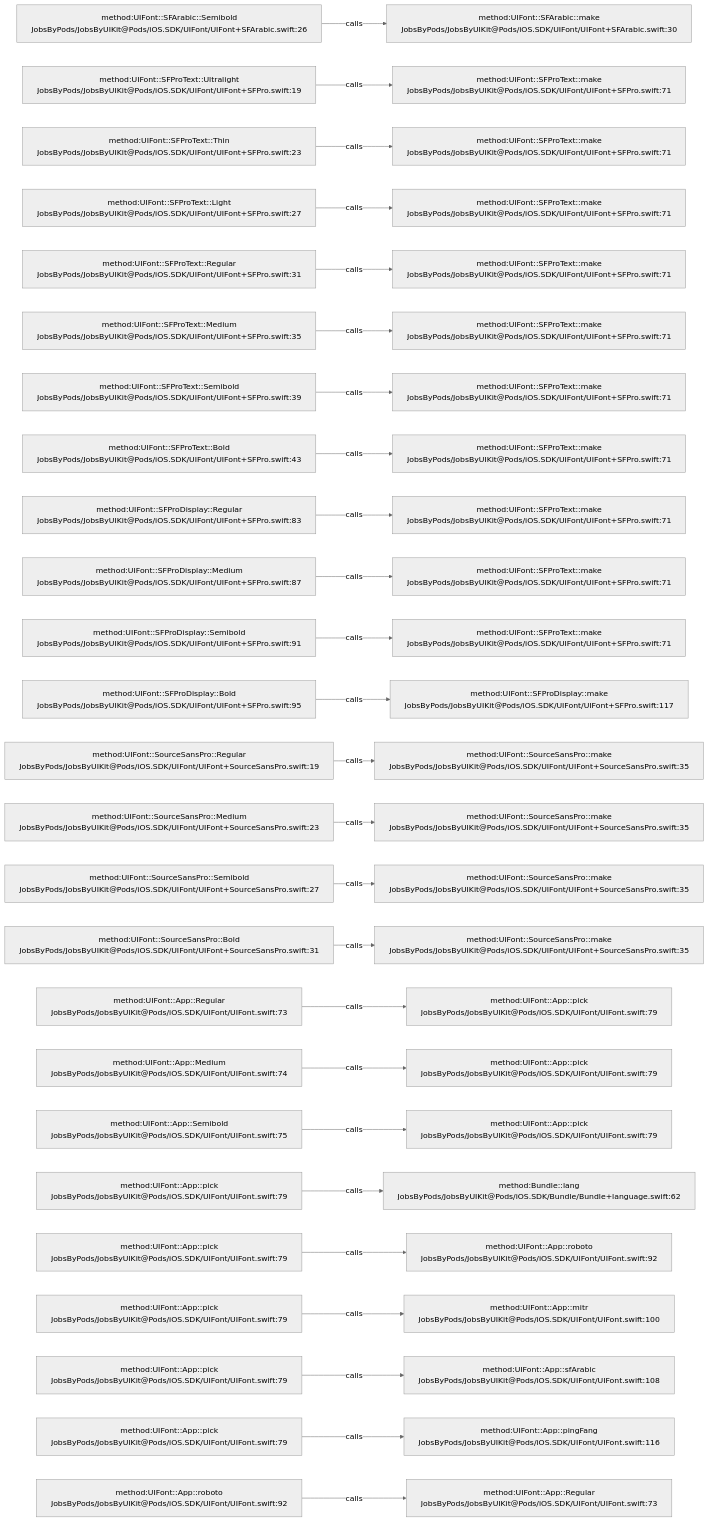
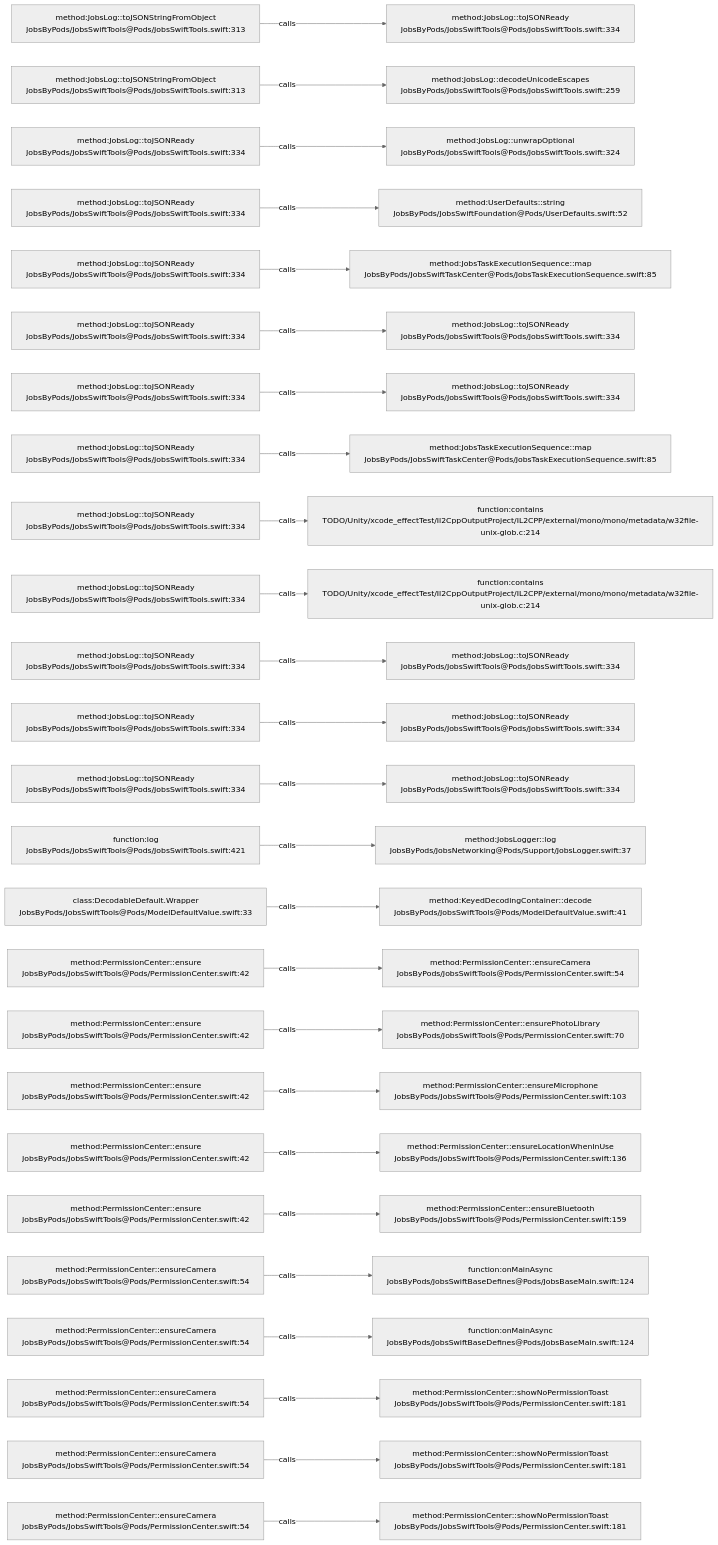
One commit to JobsKits/JobsSwiftBaseConfigDemo changed the diagram in .codegraph/codegraph.md/graphs/calls-065.md. Above: the diagram before and after it, drawn with Mermaid (neutral theme). The commit also changed 569 other files, not shown here.

````diff
--- a/.codegraph/codegraph.md/graphs/calls-065.md
+++ b/.codegraph/codegraph.md/graphs/calls-065.md
@@ -13,78 +13,78 @@
 ```mermaid
 flowchart LR
-  S1["method:UIFont::SFArabic::Semibold<br/>JobsByPods/JobsByUIKit@Pods/iOS.SDK/UIFont/UIFont+SFArabic.swift:26"]
-  T1["method:UIFont::SFArabic::make<br/>JobsByPods/JobsByUIKit@Pods/iOS.SDK/UIFont/UIFont+SFArabic.swift:30"]
+  S1["method:JobsLog::toJSONStringFromObject<br/>JobsByPods/JobsSwiftTools@Pods/JobsSwiftTools.swift:313"]
+  T1["method:JobsLog::toJSONReady<br/>JobsByPods/JobsSwiftTools@Pods/JobsSwiftTools.swift:334"]
   S1 -->|calls| T1
-  S2["method:UIFont::SFProText::Ultralight<br/>JobsByPods/JobsByUIKit@Pods/iOS.SDK/UIFont/UIFont+SFPro.swift:19"]
-  T2["method:UIFont::SFProText::make<br/>JobsByPods/JobsByUIKit@Pods/iOS.SDK/UIFont/UIFont+SFPro.swift:71"]
+  S2["method:JobsLog::toJSONStringFromObject<br/>JobsByPods/JobsSwiftTools@Pods/JobsSwiftTools.swift:313"]
+  T2["method:JobsLog::decodeUnicodeEscapes<br/>JobsByPods/JobsSwiftTools@Pods/JobsSwiftTools.swift:259"]
   S2 -->|calls| T2
-  S3["method:UIFont::SFProText::Thin<br/>JobsByPods/JobsByUIKit@Pods/iOS.SDK/UIFont/UIFont+SFPro.swift:23"]
-  T3["method:UIFont::SFProText::make<br/>JobsByPods/JobsByUIKit@Pods/iOS.SDK/UIFont/UIFont+SFPro.swift:71"]
+  S3["method:JobsLog::toJSONReady<br/>JobsByPods/JobsSwiftTools@Pods/JobsSwiftTools.swift:334"]
+  T3["method:JobsLog::unwrapOptional<br/>JobsByPods/JobsSwiftTools@Pods/JobsSwiftTools.swift:324"]
   S3 -->|calls| T3
-  S4["method:UIFont::SFProText::Light<br/>JobsByPods/JobsByUIKit@Pods/iOS.SDK/UIFont/UIFont+SFPro.swift:27"]
-  T4["method:UIFont::SFProText::make<br/>JobsByPods/JobsByUIKit@Pods/iOS.SDK/UIFont/UIFont+SFPro.swift:71"]
+  S4["method:JobsLog::toJSONReady<br/>JobsByPods/JobsSwiftTools@Pods/JobsSwiftTools.swift:334"]
+  T4["method:UserDefaults::string<br/>JobsByPods/JobsSwiftFoundation@Pods/UserDefaults.swift:52"]
   S4 -->|calls| T4
-  S5["method:UIFont::SFProText::Regular<br/>JobsByPods/JobsByUIKit@Pods/iOS.SDK/UIFont/UIFont+SFPro.swift:31"]
-  T5["method:UIFont::SFProText::make<br/>JobsByPods/JobsByUIKit@Pods/iOS.SDK/UIFont/UIFont+SFPro.swift:71"]
+  S5["method:JobsLog::toJSONReady<br/>JobsByPods/JobsSwiftTools@Pods/JobsSwiftTools.swift:334"]
+  T5["method:JobsTaskExecutionSequence::map<br/>JobsByPods/JobsSwiftTaskCenter@Pods/JobsTaskExecutionSequence.swift:85"]
   S5 -->|calls| T5
-  S6["method:UIFont::SFProText::Medium<br/>JobsByPods/JobsByUIKit@Pods/iOS.SDK/UIFont/UIFont+SFPro.swift:35"]
-  T6["method:UIFont::SFProText::make<br/>JobsByPods/JobsByUIKit@Pods/iOS.SDK/UIFont/UIFont+SFPro.swift:71"]
+  S6["method:JobsLog::toJSONReady<br/>JobsByPods/JobsSwiftTools@Pods/JobsSwiftTools.swift:334"]
+  T6["method:JobsLog::toJSONReady<br/>JobsByPods/JobsSwiftTools@Pods/JobsSwiftTools.swift:334"]
   S6 -->|calls| T6
-  S7["method:UIFont::SFProText::Semibold<br/>JobsByPods/JobsByUIKit@Pods/iOS.SDK/UIFont/UIFont+SFPro.swift:39"]
-  T7["method:UIFont::SFProText::make<br/>JobsByPods/JobsByUIKit@Pods/iOS.SDK/UIFont/UIFont+SFPro.swift:71"]
+  S7["method:JobsLog::toJSONReady<br/>JobsByPods/JobsSwiftTools@Pods/JobsSwiftTools.swift:334"]
+  T7["method:JobsLog::toJSONReady<br/>JobsByPods/JobsSwiftTools@Pods/JobsSwiftTools.swift:334"]
   S7 -->|calls| T7
-  S8["method:UIFont::SFProText::Bold<br/>JobsByPods/JobsByUIKit@Pods/iOS.SDK/UIFont/UIFont+SFPro.swift:43"]
-  T8["method:UIFont::SFProText::make<br/>JobsByPods/JobsByUIKit@Pods/iOS.SDK/UIFont/UIFont+SFPro.swift:71"]
+  S8["method:JobsLog::toJSONReady<br/>JobsByPods/JobsSwiftTools@Pods/JobsSwiftTools.swift:334"]
+  T8["method:JobsTaskExecutionSequence::map<br/>JobsByPods/JobsSwiftTaskCenter@Pods/JobsTaskExecutionSequence.swift:85"]
   S8 -->|calls| T8
-  S9["method:UIFont::SFProDisplay::Regular<br/>JobsByPods/JobsByUIKit@Pods/iOS.SDK/UIFont/UIFont+SFPro.swift:83"]
-  T9["method:UIFont::SFProText::make<br/>JobsByPods/JobsByUIKit@Pods/iOS.SDK/UIFont/UIFont+SFPro.swift:71"]
+  S9["method:JobsLog::toJSONReady<br/>JobsByPods/JobsSwiftTools@Pods/JobsSwiftTools.swift:334"]
+  T9["function:contains<br/>TODO/Unity/xcode_effectTest/Il2CppOutputProject/IL2CPP/external/mono/mono/metadata/w32file-unix-glob.c:214"]
   S9 -->|calls| T9
-  S10["method:UIFont::SFProDisplay::Medium<br/>JobsByPods/JobsByUIKit@Pods/iOS.SDK/UIFont/UIFont+SFPro.swift:87"]
-  T10["method:UIFont::SFProText::make<br/>JobsByPods/JobsByUIKit@Pods/iOS.SDK/UIFont/UIFont+SFPro.swift:71"]
+  S10["method:JobsLog::toJSONReady<br/>JobsByPods/JobsSwiftTools@Pods/JobsSwiftTools.swift:334"]
+  T10["function:contains<br/>TODO/Unity/xcode_effectTest/Il2CppOutputProject/IL2CPP/external/mono/mono/metadata/w32file-unix-glob.c:214"]
   S10 -->|calls| T10
-  S11["method:UIFont::SFProDisplay::Semibold<br/>JobsByPods/JobsByUIKit@Pods/iOS.SDK/UIFont/UIFont+SFPro.swift:91"]
-  T11["method:UIFont::SFProText::make<br/>JobsByPods/JobsByUIKit@Pods/iOS.SDK/UIFont/UIFont+SFPro.swift:71"]
+  S11["method:JobsLog::toJSONReady<br/>JobsByPods/JobsSwiftTools@Pods/JobsSwiftTools.swift:334"]
+  T11["method:JobsLog::toJSONReady<br/>JobsByPods/JobsSwiftTools@Pods/JobsSwiftTools.swift:334"]
   S11 -->|calls| T11
-  S12["method:UIFont::SFProDisplay::Bold<br/>JobsByPods/JobsByUIKit@Pods/iOS.SDK/UIFont/UIFont+SFPro.swift:95"]
-  T12["method:UIFont::SFProDisplay::make<br/>JobsByPods/JobsByUIKit@Pods/iOS.SDK/UIFont/UIFont+SFPro.swift:117"]
+  S12["method:JobsLog::toJSONReady<br/>JobsByPods/JobsSwiftTools@Pods/JobsSwiftTools.swift:334"]
+  T12["method:JobsLog::toJSONReady<br/>JobsByPods/JobsSwiftTools@Pods/JobsSwiftTools.swift:334"]
   S12 -->|calls| T12
-  S13["method:UIFont::SourceSansPro::Regular<br/>JobsByPods/JobsByUIKit@Pods/iOS.SDK/UIFont/UIFont+SourceSansPro.swift:19"]
-  T13["method:UIFont::SourceSansPro::make<br/>JobsByPods/JobsByUIKit@Pods/iOS.SDK/UIFont/UIFont+SourceSansPro.swift:35"]
+  S13["method:JobsLog::toJSONReady<br/>JobsByPods/JobsSwiftTools@Pods/JobsSwiftTools.swift:334"]
+  T13["method:JobsLog::toJSONReady<br/>JobsByPods/JobsSwiftTools@Pods/JobsSwiftTools.swift:334"]
   S13 -->|calls| T13
-  S14["method:UIFont::SourceSansPro::Medium<br/>JobsByPods/JobsByUIKit@Pods/iOS.SDK/UIFont/UIFont+SourceSansPro.swift:23"]
-  T14["method:UIFont::SourceSansPro::make<br/>JobsByPods/JobsByUIKit@Pods/iOS.SDK/UIFont/UIFont+SourceSansPro.swift:35"]
+  S14["function:log<br/>JobsByPods/JobsSwiftTools@Pods/JobsSwiftTools.swift:421"]
+  T14["method:JobsLogger::log<br/>JobsByPods/JobsNetworking@Pods/Support/JobsLogger.swift:37"]
   S14 -->|calls| T14
-  S15["method:UIFont::SourceSansPro::Semibold<br/>JobsByPods/JobsByUIKit@Pods/iOS.SDK/UIFont/UIFont+SourceSansPro.swift:27"]
-  T15["method:UIFont::SourceSansPro::make<br/>JobsByPods/JobsByUIKit@Pods/iOS.SDK/UIFont/UIFont+SourceSansPro.swift:35"]
+  S15["class:DecodableDefault.Wrapper<br/>JobsByPods/JobsSwiftTools@Pods/ModelDefaultValue.swift:33"]
+  T15["method:KeyedDecodingContainer::decode<br/>JobsByPods/JobsSwiftTools@Pods/ModelDefaultValue.swift:41"]
   S15 -->|calls| T15
-  S16["method:UIFont::SourceSansPro::Bold<br/>JobsByPods/JobsByUIKit@Pods/iOS.SDK/UIFont/UIFont+SourceSansPro.swift:31"]
-  T16["method:UIFont::SourceSansPro::make<br/>JobsByPods/JobsByUIKit@Pods/iOS.SDK/UIFont/UIFont+SourceSansPro.swift:35"]
+  S16["method:PermissionCenter::ensure<br/>JobsByPods/JobsSwiftTools@Pods/PermissionCenter.swift:42"]
+  T16["method:PermissionCenter::ensureCamera<br/>JobsByPods/JobsSwiftTools@Pods/PermissionCenter.swift:54"]
   S16 -->|calls| T16
-  S17["method:UIFont::App::Regular<br/>JobsByPods/JobsByUIKit@Pods/iOS.SDK/UIFont/UIFont.swift:73"]
-  T17["method:UIFont::App::pick<br/>JobsByPods/JobsByUIKit@Pods/iOS.SDK/UIFont/UIFont.swift:79"]
+  S17["method:PermissionCenter::ensure<br/>JobsByPods/JobsSwiftTools@Pods/PermissionCenter.swift:42"]
+  T17["method:PermissionCenter::ensurePhotoLibrary<br/>JobsByPods/JobsSwiftTools@Pods/PermissionCenter.swift:70"]
   S17 -->|calls| T17
-  S18["method:UIFont::App::Medium<br/>JobsByPods/JobsByUIKit@Pods/iOS.SDK/UIFont/UIFont.swift:74"]
-  T18["method:UIFont::App::pick<br/>JobsByPods/JobsByUIKit@Pods/iOS.SDK/UIFont/UIFont.swift:79"]
+  S18["method:PermissionCenter::ensure<br/>JobsByPods/JobsSwiftTools@Pods/PermissionCenter.swift:42"]
+  T18["method:PermissionCenter::ensureMicrophone<br/>JobsByPods/JobsSwiftTools@Pods/PermissionCenter.swift:103"]
   S18 -->|calls| T18
-  S19["method:UIFont::App::Semibold<br/>JobsByPods/JobsByUIKit@Pods/iOS.SDK/UIFont/UIFont.swift:75"]
-  T19["method:UIFont::App::pick<br/>JobsByPods/JobsByUIKit@Pods/iOS.SDK/UIFont/UIFont.swift:79"]
+  S19["method:PermissionCenter::ensure<br/>JobsByPods/JobsSwiftTools@Pods/PermissionCenter.swift:42"]
+  T19["method:PermissionCenter::ensureLocationWhenInUse<br/>JobsByPods/JobsSwiftTools@Pods/PermissionCenter.swift:136"]
   S19 -->|calls| T19
-  S20["method:UIFont::App::pick<br/>JobsByPods/JobsByUIKit@Pods/iOS.SDK/UIFont/UIFont.swift:79"]
-  T20["method:Bundle::lang<br/>JobsByPods/JobsByUIKit@Pods/iOS.SDK/Bundle/Bundle+language.swift:62"]
+  S20["method:PermissionCenter::ensure<br/>JobsByPods/JobsSwiftTools@Pods/PermissionCenter.swift:42"]
+  T20["method:PermissionCenter::ensureBluetooth<br/>JobsByPods/JobsSwiftTools@Pods/PermissionCenter.swift:159"]
   S20 -->|calls| T20
-  S21["method:UIFont::App::pick<br/>JobsByPods/JobsByUIKit@Pods/iOS.SDK/UIFont/UIFont.swift:79"]
-  T21["method:UIFont::App::roboto<br/>JobsByPods/JobsByUIKit@Pods/iOS.SDK/UIFont/UIFont.swift:92"]
+  S21["method:PermissionCenter::ensureCamera<br/>JobsByPods/JobsSwiftTools@Pods/PermissionCenter.swift:54"]
+  T21["function:onMainAsync<br/>JobsByPods/JobsSwiftBaseDefines@Pods/JobsBaseMain.swift:124"]
   S21 -->|calls| T21
-  S22["method:UIFont::App::pick<br/>JobsByPods/JobsByUIKit@Pods/iOS.SDK/UIFont/UIFont.swift:79"]
-  T22["method:UIFont::App::mitr<br/>JobsByPods/JobsByUIKit@Pods/iOS.SDK/UIFont/UIFont.swift:100"]
+  S22["method:PermissionCenter::ensureCamera<br/>JobsByPods/JobsSwiftTools@Pods/PermissionCenter.swift:54"]
+  T22["function:onMainAsync<br/>JobsByPods/JobsSwiftBaseDefines@Pods/JobsBaseMain.swift:124"]
   S22 -->|calls| T22
-  S23["method:UIFont::App::pick<br/>JobsByPods/JobsByUIKit@Pods/iOS.SDK/UIFont/UIFont.swift:79"]
-  T23["method:UIFont::App::sfArabic<br/>JobsByPods/JobsByUIKit@Pods/iOS.SDK/UIFont/UIFont.swift:108"]
+  S23["method:PermissionCenter::ensureCamera<br/>JobsByPods/JobsSwiftTools@Pods/PermissionCenter.swift:54"]
+  T23["method:PermissionCenter::showNoPermissionToast<br/>JobsByPods/JobsSwiftTools@Pods/PermissionCenter.swift:181"]
   S23 -->|calls| T23
-  S24["method:UIFont::App::pick<br/>JobsByPods/JobsByUIKit@Pods/iOS.SDK/UIFont/UIFont.swift:79"]
-  T24["method:UIFont::App::pingFang<br/>JobsByPods/JobsByUIKit@Pods/iOS.SDK/UIFont/UIFont.swift:116"]
+  S24["method:PermissionCenter::ensureCamera<br/>JobsByPods/JobsSwiftTools@Pods/PermissionCenter.swift:54"]
+  T24["method:PermissionCenter::showNoPermissionToast<br/>JobsByPods/JobsSwiftTools@Pods/PermissionCenter.swift:181"]
   S24 -->|calls| T24
-  S25["method:UIFont::App::roboto<br/>JobsByPods/JobsByUIKit@Pods/iOS.SDK/UIFont/UIFont.swift:92"]
-  T25["method:UIFont::App::Regular<br/>JobsByPods/JobsByUIKit@Pods/iOS.SDK/UIFont/UIFont.swift:73"]
+  S25["method:PermissionCenter::ensureCamera<br/>JobsByPods/JobsSwiftTools@Pods/PermissionCenter.swift:54"]
+  T25["method:PermissionCenter::showNoPermissionToast<br/>JobsByPods/JobsSwiftTools@Pods/PermissionCenter.swift:181"]
   S25 -->|calls| T25
 ```
````
